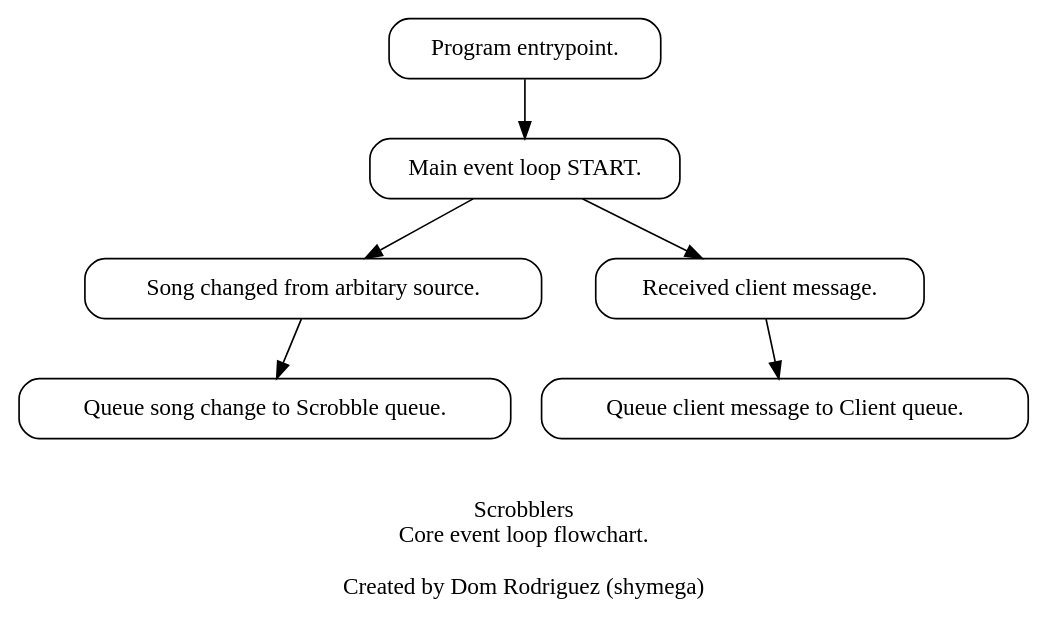
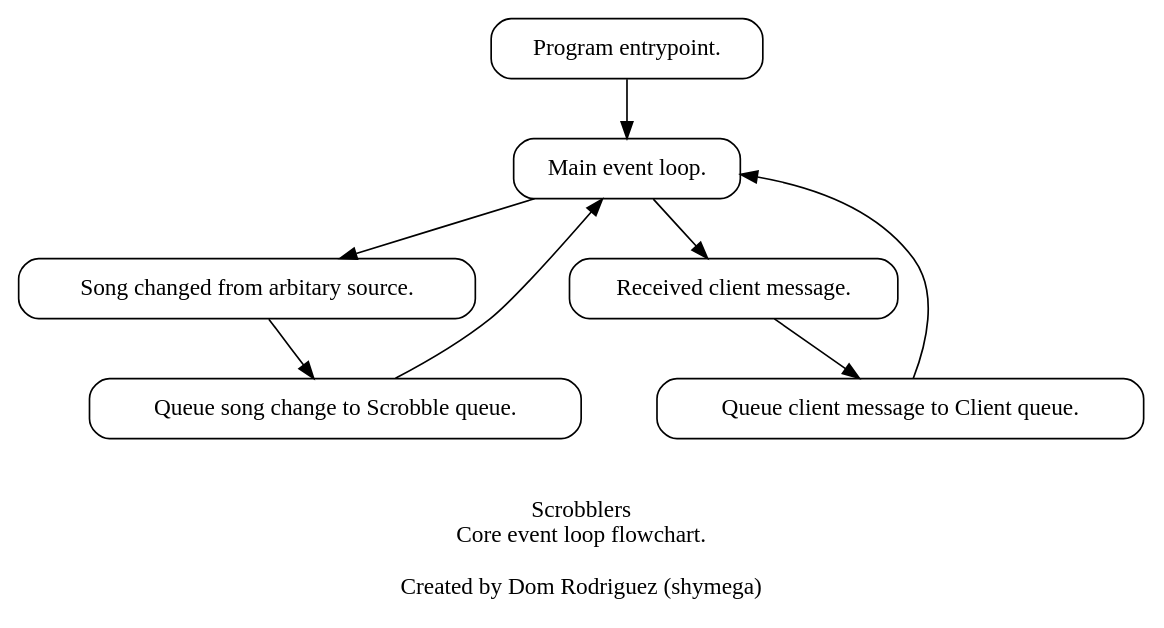
Before and after one commit to shymega/scrob: the diagram in docs/diagrams/main_event_loop/main_event_loop.dot, drawn with Graphviz. The commit also changed 4 other files, not shown here.

Commit message:
Update diagrams directory

```diff
--- a/docs/diagrams/main_event_loop/main_event_loop.dot
+++ b/docs/diagrams/main_event_loop/main_event_loop.dot
@@ -1,26 +1,29 @@
 digraph scrobblers {
     label = "\n\nScrobblers\nCore event loop flowchart.\n\nCreated by Dom Rodriguez (shymega)\n";
 
     rankdir = T;
     ranksep = 0.50;
     splines = true;
 
     node [
         shape = box
         style = rounded
     ];
 
     app_start [label = "Program entrypoint."];
-    evt0_loop_start [label = "Main event loop START."];
+    evt0_loop_start [label = "Main event loop."];
     
     song_changed [label="Song changed from arbitary source."];
 
     queue_to_scrobbleq [label="Queue song change to Scrobble queue."];
     receive_client_message [label="Received client message."];
     queue_to_clientq [label="Queue client message to Client queue."];
 
     app_start -> evt0_loop_start;
 
     evt0_loop_start -> song_changed -> queue_to_scrobbleq;
     evt0_loop_start -> receive_client_message -> queue_to_clientq;
+
+    queue_to_scrobbleq -> evt0_loop_start;
+    queue_to_clientq -> evt0_loop_start;
 }
```
